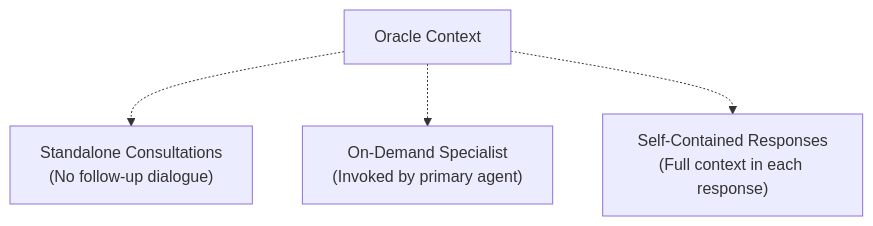
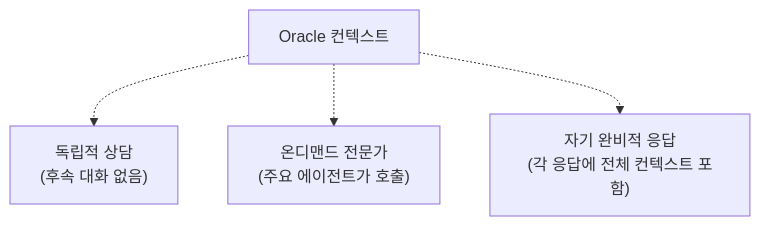
Before and after one commit to felipetruman/oh-my-opencode-docs: the eighth of 11 diagrams in docs/agents/oracle-agent.md, drawn with Mermaid. The commit also changed other lines of this file and 76 other files, not shown here.

````diff
--- a/docs/agents/oracle-agent.md
+++ b/docs/agents/oracle-agent.md
@@ -387,12 +387,12 @@
 ```mermaid
 flowchart TD
 
-Context["Oracle Context"]
-Standalone["Standalone Consultations<br>(No follow-up dialogue)"]
-Specialist["On-Demand Specialist<br>(Invoked by primary agent)"]
-Complete["Self-Contained Responses<br>(Full context in each response)"]
+Context["Oracle 컨텍스트"]
+Standalone["독립적 상담<br>(후속 대화 없음)"]
+Specialist["온디맨드 전문가<br>(주요 에이전트가 호출)"]
+Complete["자기 완비적 응답<br>(각 응답에 전체 컨텍스트 포함)"]
 
 Context -.-> Standalone
 Context -.-> Specialist
 Context -.-> Complete
 ```
````
